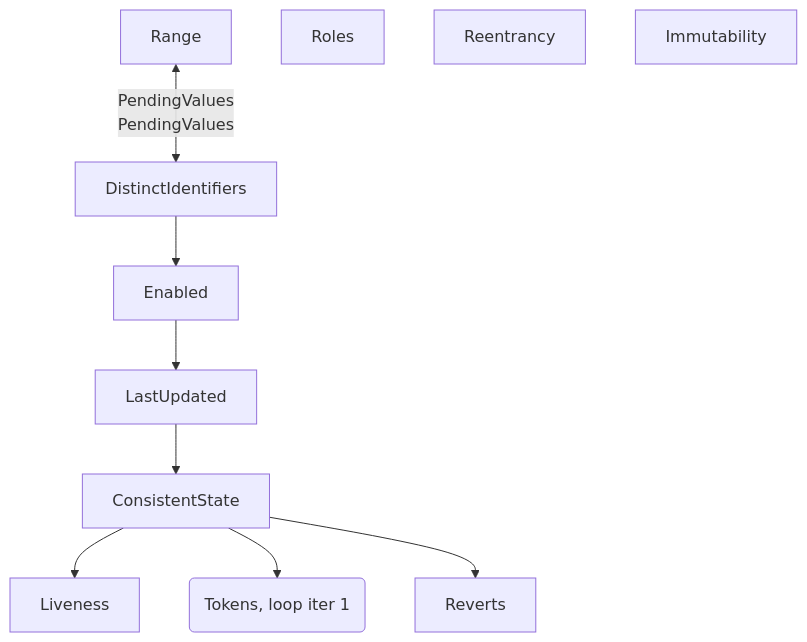
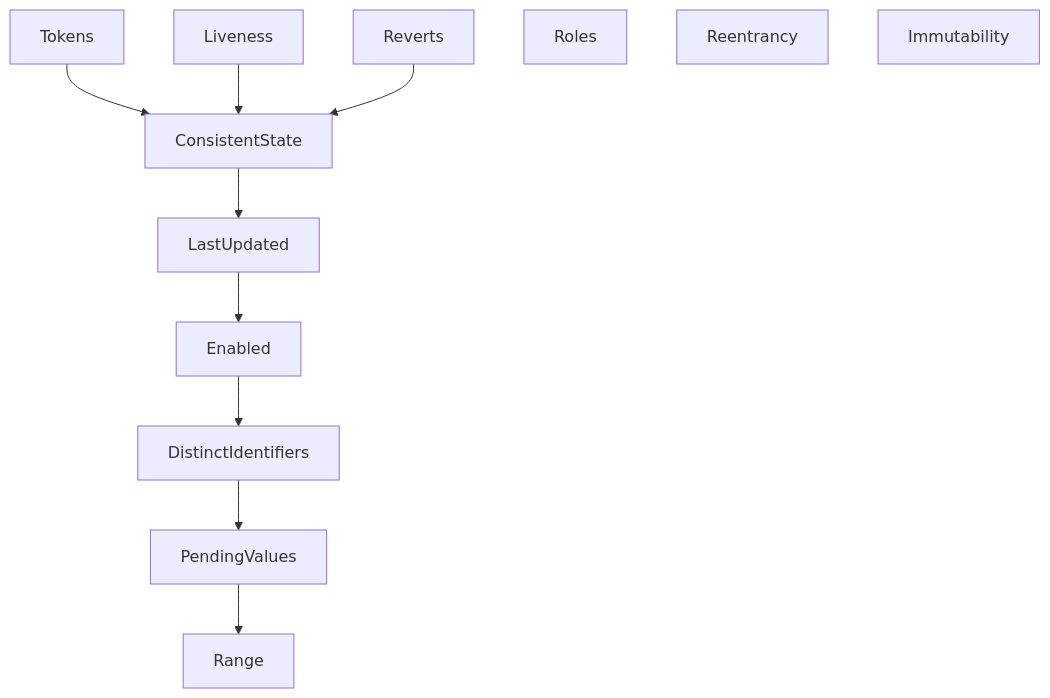
The diagram in README.md (QGarchery/test-github), drawn with Mermaid before and after one commit.

````diff
--- a/README.md
+++ b/README.md
@@ -1,14 +1,14 @@
 ```mermaid
 graph
-Range <-- PendingValues
-PendingValues --> DistinctIdentifiers
-DistinctIdentifiers --> Enabled
-Enabled --> LastUpdated
-LastUpdated --> ConsistentState
-ConsistentState --> Liveness
-ConsistentState --> Tokens(Tokens, loop iter 1)
-ConsistentState --> Reverts
+Tokens --> ConsistentState
+Liveness --> ConsistentState
+Reverts --> ConsistentState
+ConsistentState --> LastUpdated
+LastUpdated --> Enabled
+Enabled --> DistinctIdentifiers
+DistinctIdentifiers --> PendingValues
+PendingValues --> Range
 Roles
 Reentrancy
 Immutability
 ```
````
